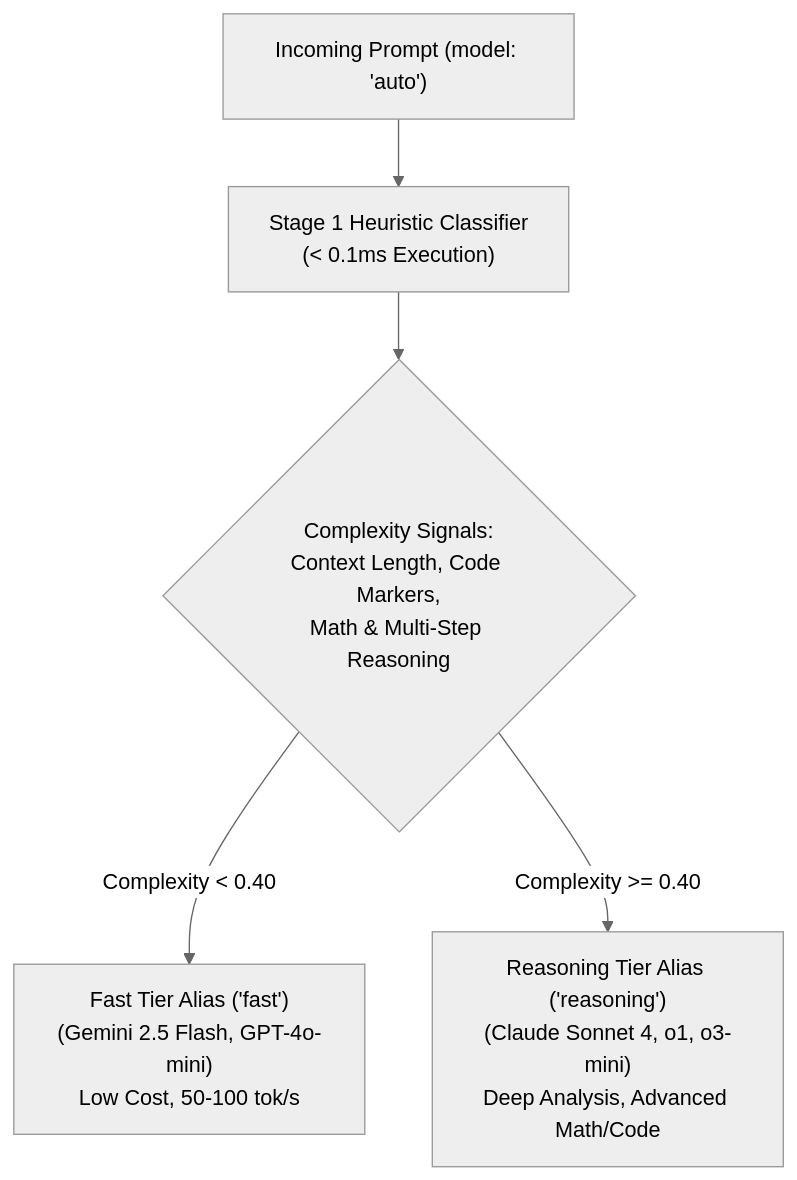
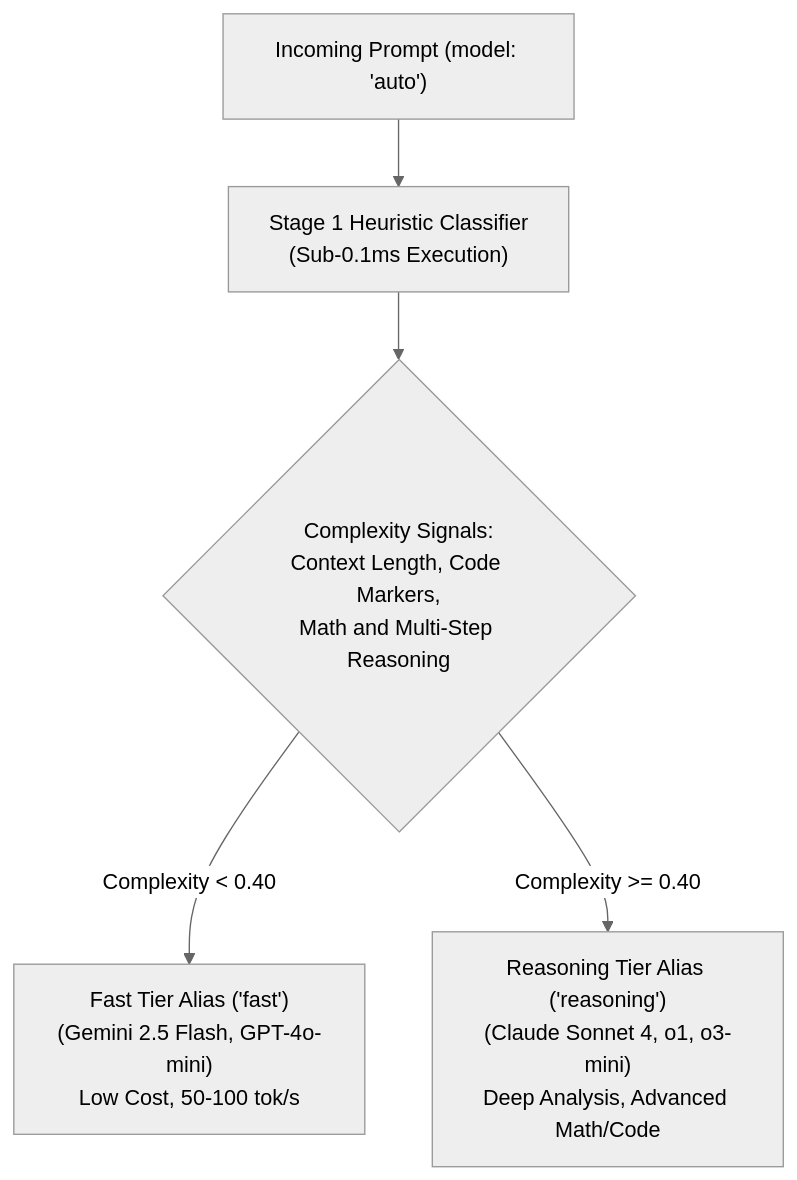
One commit to goroute-ai/goroute-ai.github.io changed the diagram in docs/routing-resiliency/complexity-classifier.md. Above: the diagram before and after it, drawn with Mermaid (neutral theme). The commit also changed 13 other files, not shown here.

Commit message:
fix(docs): resolve Mermaid syntax errors and unquoted edge labels across guides

````diff
--- a/docs/routing-resiliency/complexity-classifier.md
+++ b/docs/routing-resiliency/complexity-classifier.md
@@ -10,7 +10,7 @@
 ```mermaid
 graph TD
-    Prompt["Incoming Prompt (model: 'auto')"] --> Stage1["Stage 1 Heuristic Classifier<br/>(&lt; 0.1ms Execution)"]
-    Stage1 --> Signals{"Complexity Signals:<br/>Context Length, Code Markers,<br/>Math &amp; Multi-Step Reasoning"}
-    Signals -- "Complexity &lt; 0.40" --> Fast["Fast Tier Alias ('fast')<br/>(Gemini 2.5 Flash, GPT-4o-mini)<br/>Low Cost, 50-100 tok/s"]
-    Signals -- "Complexity &gt;= 0.40" --> Reasoning["Reasoning Tier Alias ('reasoning')<br/>(Claude Sonnet 4, o1, o3-mini)<br/>Deep Analysis, Advanced Math/Code"]
+    Prompt["Incoming Prompt (model: 'auto')"] --> Stage1["Stage 1 Heuristic Classifier<br/>(Sub-0.1ms Execution)"]
+    Stage1 --> Signals{"Complexity Signals:<br/>Context Length, Code Markers,<br/>Math and Multi-Step Reasoning"}
+    Signals -- "Complexity < 0.40" --> Fast["Fast Tier Alias ('fast')<br/>(Gemini 2.5 Flash, GPT-4o-mini)<br/>Low Cost, 50-100 tok/s"]
+    Signals -- "Complexity >= 0.40" --> Reasoning["Reasoning Tier Alias ('reasoning')<br/>(Claude Sonnet 4, o1, o3-mini)<br/>Deep Analysis, Advanced Math/Code"]
 ```
````
